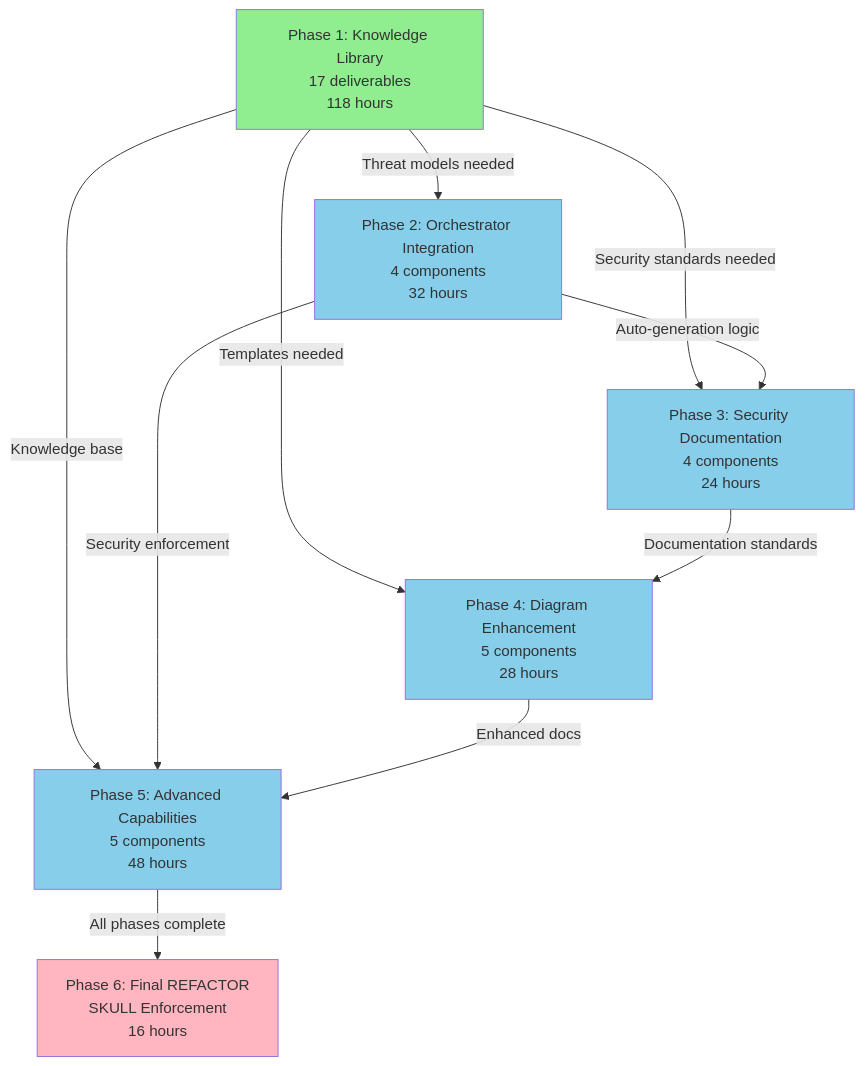
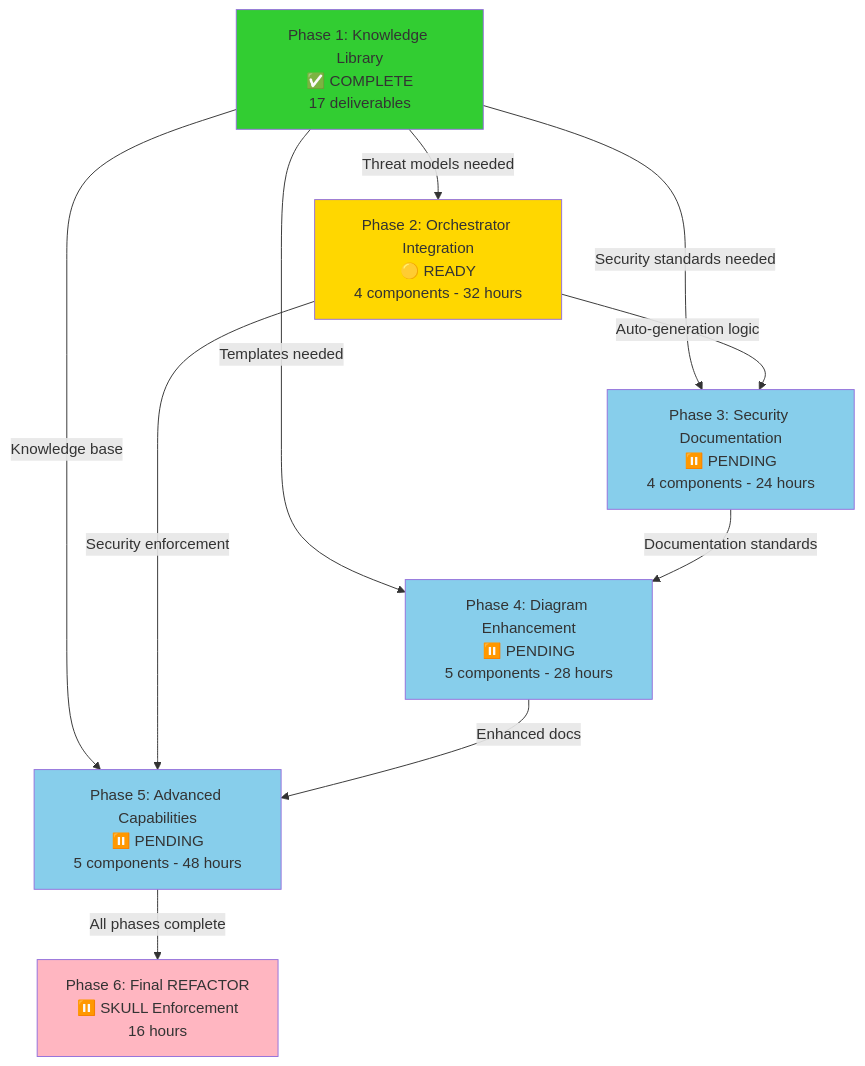
Before and after one commit to asifhussain60/CORTEX: the diagram in cortex-brain/documents/planning/active/security-enhancement/00-master-plan.md, drawn with Mermaid. The commit also changed other lines of this file and 79 other files, not shown here.

````diff
--- a/cortex-brain/documents/planning/active/security-enhancement/00-master-plan.md
+++ b/cortex-brain/documents/planning/active/security-enhancement/00-master-plan.md
@@ -600,26 +823,26 @@
 ```mermaid
 graph TB
-    P1[Phase 1: Knowledge Library<br/>17 deliverables<br/>118 hours]
-    P2[Phase 2: Orchestrator Integration<br/>4 components<br/>32 hours]
-    P3[Phase 3: Security Documentation<br/>4 components<br/>24 hours]
-    P4[Phase 4: Diagram Enhancement<br/>5 components<br/>28 hours]
-    P5[Phase 5: Advanced Capabilities<br/>5 components<br/>48 hours]
-    P6[Phase 6: Final REFACTOR<br/>SKULL Enforcement<br/>16 hours]
+    P1[Phase 1: Knowledge Library<br/>✅ COMPLETE<br/>17 deliverables]
+    P2[Phase 2: Orchestrator Integration<br/>🟡 READY<br/>4 components - 32 hours]
+    P3[Phase 3: Security Documentation<br/>⏸️ PENDING<br/>4 components - 24 hours]
+    P4[Phase 4: Diagram Enhancement<br/>⏸️ PENDING<br/>5 components - 28 hours]
+    P5[Phase 5: Advanced Capabilities<br/>⏸️ PENDING<br/>5 components - 48 hours]
+    P6[Phase 6: Final REFACTOR<br/>⏸️ SKULL Enforcement<br/>16 hours]
     
     P1 -->|Threat models needed| P2
     P1 -->|Security standards needed| P3
     P1 -->|Templates needed| P4
     P2 -->|Auto-generation logic| P3
     P1 -->|Knowledge base| P5
     P2 -->|Security enforcement| P5
     P3 -->|Documentation standards| P4
     P4 -->|Enhanced docs| P5
     P5 -->|All phases complete| P6
     
-    style P1 fill:#90EE90
-    style P2 fill:#87CEEB
+    style P1 fill:#32CD32
+    style P2 fill:#FFD700
     style P3 fill:#87CEEB
     style P4 fill:#87CEEB
     style P5 fill:#87CEEB
     style P6 fill:#FFB6C1
 ```
````
